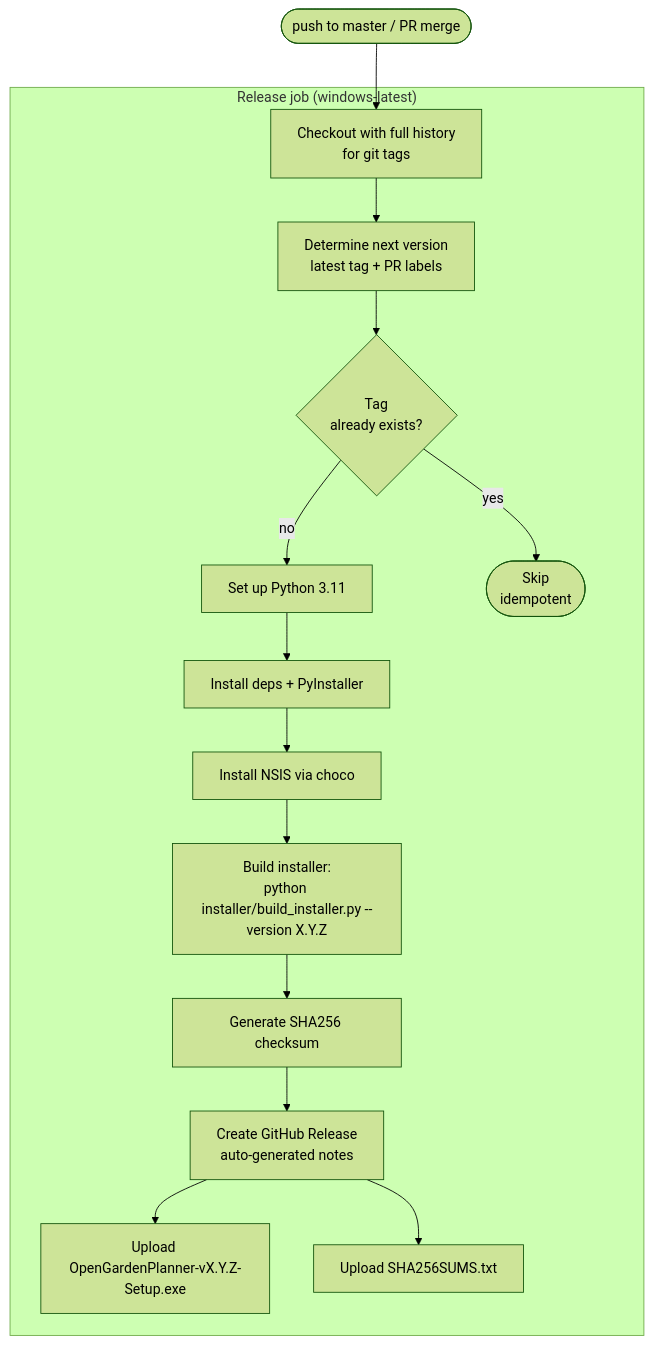
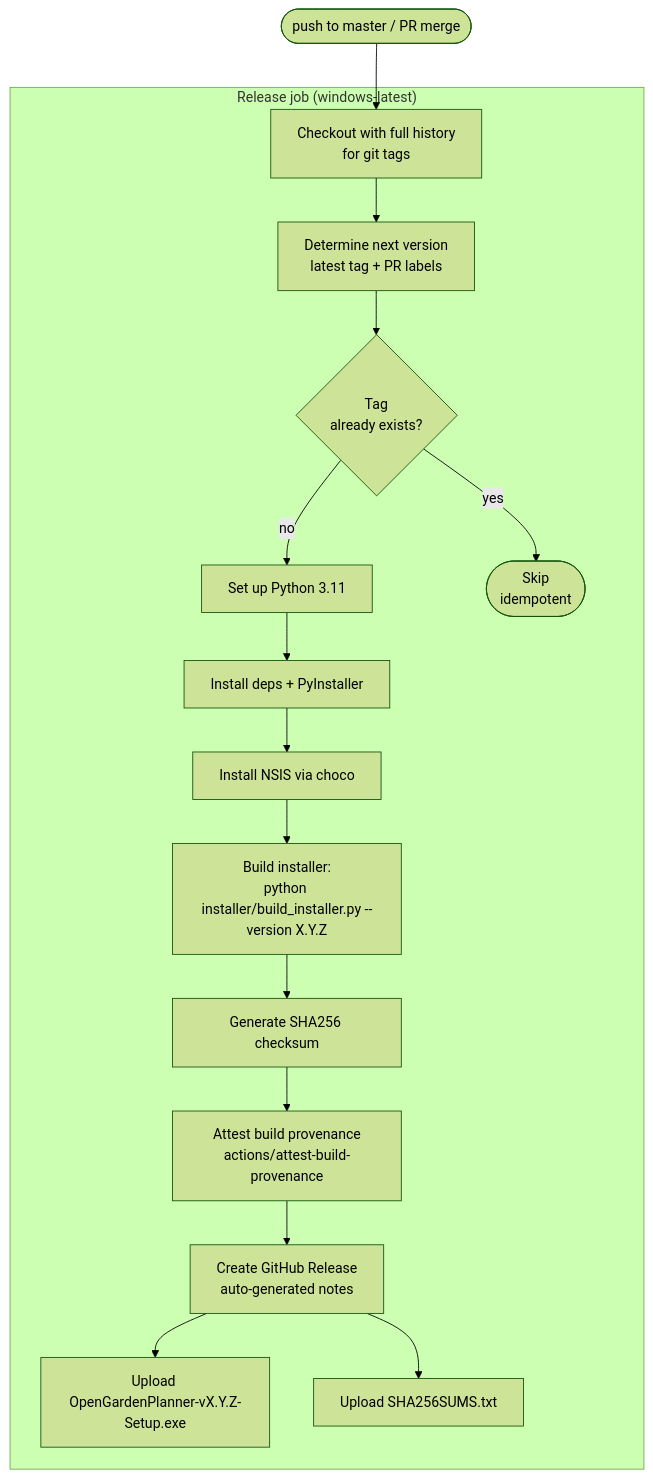
The third of 3 diagrams in docs/07-deployment-view/README.md (cofade/open-garden-planner), drawn with Mermaid (forest theme) before and after one commit. The commit also changed other lines of this file and 7 other files, not shown here.

First line of the commit message:
feat: build provenance attestation for release artifacts (#356)

````diff
--- a/docs/07-deployment-view/README.md
+++ b/docs/07-deployment-view/README.md
@@ -199,26 +219,27 @@
 ```mermaid
 flowchart TD
     Trigger(["push to master / PR merge"])
     subgraph Job["Release job (windows-latest)"]
         R1[Checkout with full history<br/>for git tags]
         R2[Determine next version<br/>latest tag + PR labels]
         R3{Tag<br/>already exists?}
         R4[Set up Python 3.11]
         R5[Install deps + PyInstaller]
         R6[Install NSIS via choco]
         R7["Build installer:<br/>python installer/build_installer.py --version X.Y.Z"]
         R8[Generate SHA256 checksum]
+        R8b["Attest build provenance<br/>actions/attest-build-provenance"]
         R9[Create GitHub Release<br/>auto-generated notes]
         R10a[Upload OpenGardenPlanner-vX.Y.Z-Setup.exe]
         R10b[Upload SHA256SUMS.txt]
         Skip([Skip<br/>idempotent])
 
         R1 --> R2 --> R3
         R3 -->|yes| Skip
-        R3 -->|no| R4 --> R5 --> R6 --> R7 --> R8 --> R9
+        R3 -->|no| R4 --> R5 --> R6 --> R7 --> R8 --> R8b --> R9
         R9 --> R10a
         R9 --> R10b
     end
 
     Trigger --> R1
 ```
````
